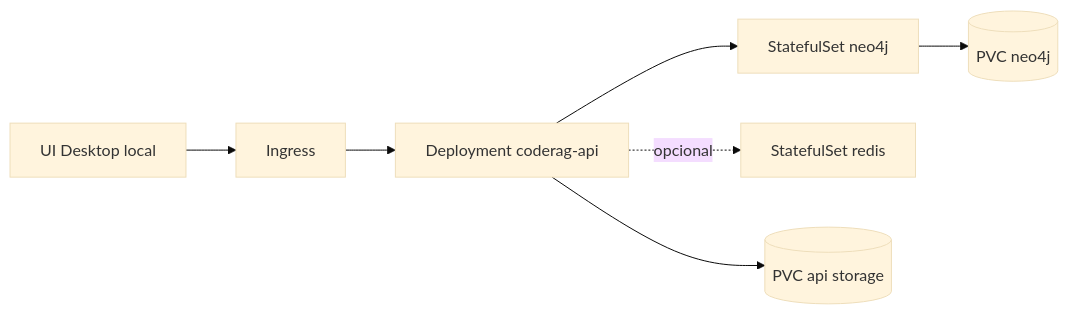
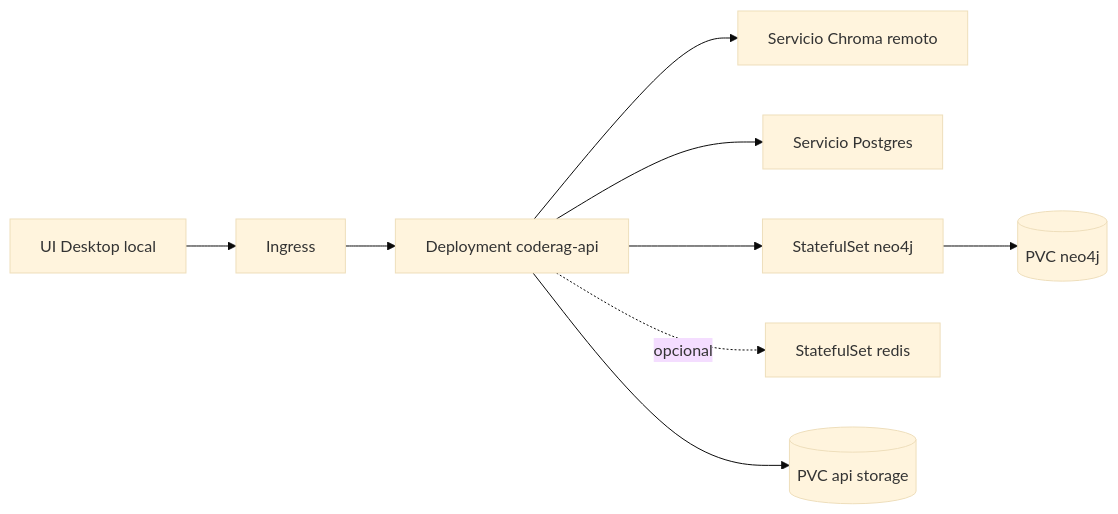
Before and after one commit to gherrerz/KDB-RAG-Repo: the second of 10 diagrams in docs/ARCHITECTURE.md, drawn with Mermaid (base theme). The commit also changed other lines of this file and 11 other files, not shown here.

Commit message:
docs: align runtime architecture references

````diff
--- a/docs/ARCHITECTURE.md
+++ b/docs/ARCHITECTURE.md
@@ -56,9 +62,11 @@
 ```mermaid
 flowchart LR
     UI[UI Desktop local] --> ING[Ingress]
     ING --> API[Deployment coderag-api]
+    API --> CHR[Servicio Chroma remoto]
+    API --> PG[Servicio Postgres]
     API --> NEO[StatefulSet neo4j]
     API -. opcional .-> REDIS[StatefulSet redis]
     API --> APIPVC[(PVC api storage)]
     NEO --> NEOPVC[(PVC neo4j)]
 ```
````
